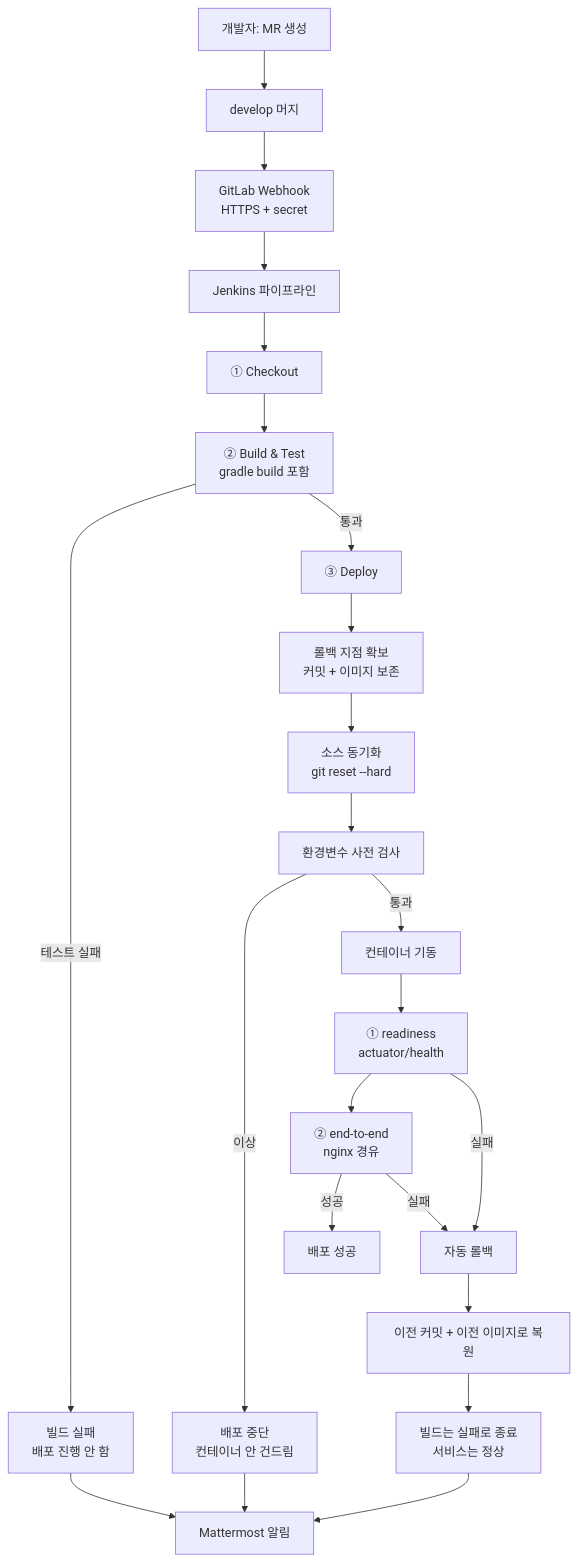
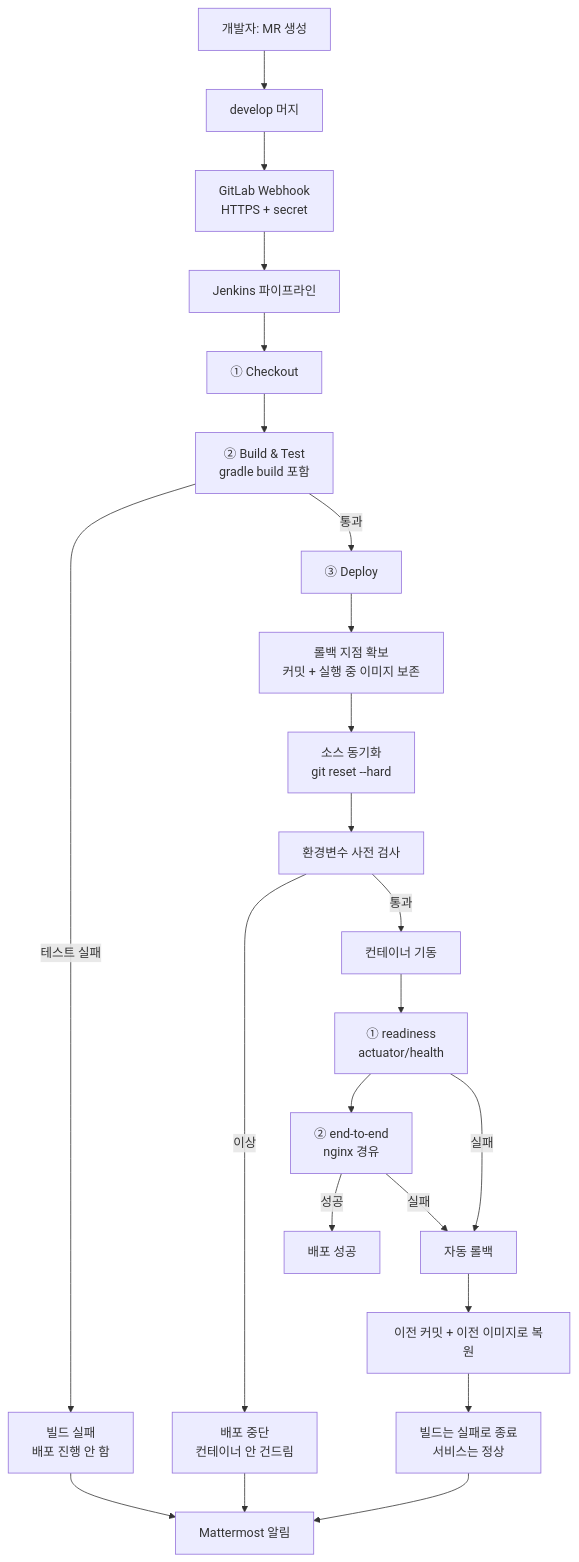
Before and after one commit to Jiwoo-Kim0/dodam: the diagram in infra/docs/ci-cd.md, drawn with Mermaid. The commit also changed other lines of this file and 1 other file, not shown here.

First line of the commit message:
S15P21D105-475 fix: 롤백 지점을 실행 중인 이미지 기준으로 잡도록 수정 #in-progress

````diff
--- a/infra/docs/ci-cd.md
+++ b/infra/docs/ci-cd.md
@@ -11,29 +11,29 @@
 ```mermaid
 flowchart TD
     A[개발자: MR 생성] --> B[develop 머지]
     B --> C[GitLab Webhook<br/>HTTPS + secret]
     C --> D[Jenkins 파이프라인]
 
     D --> E[① Checkout]
     E --> F[② Build & Test<br/>gradle build 포함]
     F -->|테스트 실패| X1[빌드 실패<br/>배포 진행 안 함]
     F -->|통과| G[③ Deploy]
 
-    G --> G1[롤백 지점 확보<br/>커밋 + 이미지 보존]
+    G --> G1[롤백 지점 확보<br/>커밋 + 실행 중 이미지 보존]
     G1 --> G2[소스 동기화<br/>git reset --hard]
     G2 --> G3[환경변수 사전 검사]
     G3 -->|이상| X2[배포 중단<br/>컨테이너 안 건드림]
     G3 -->|통과| G4[컨테이너 기동]
     G4 --> G5[① readiness<br/>actuator/health]
     G5 --> G6[② end-to-end<br/>nginx 경유]
 
     G6 -->|성공| S[배포 성공]
     G6 -->|실패| R[자동 롤백]
     G5 -->|실패| R
     R --> R1[이전 커밋 + 이전 이미지로 복원]
     R1 --> Z[빌드는 실패로 종료<br/>서비스는 정상]
 
     X1 --> N[Mattermost 알림]
     X2 --> N
     Z --> N
 ```
````
